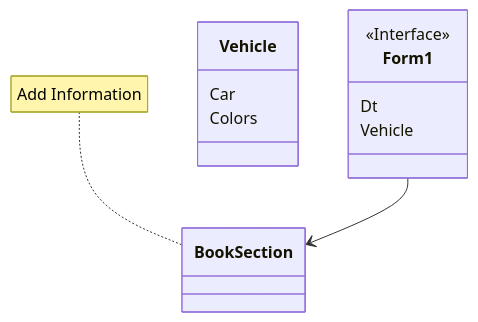
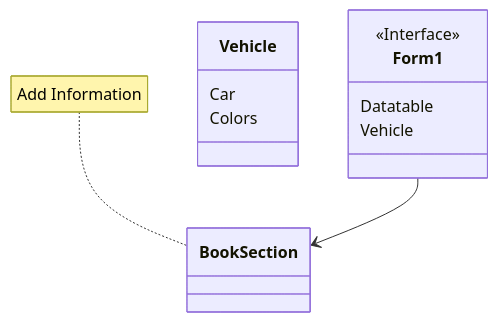
The diagram in README.md (Vandaler/FinalProject), drawn with Mermaid before and after one commit.

````diff
--- a/README.md
+++ b/README.md
@@ -26,14 +26,14 @@
 ```mermaid
 classDiagram
 class Form1{
  <<Interface>>
 }
-Form1 : Dt
+Form1 : Datatable
 Form1 : Vehicle
 
 class Vehicle
 Vehicle : Car
 Vehicle : Colors
 note for BookSection "Add Information" 
 Form1 --> BookSection
 ```
````
